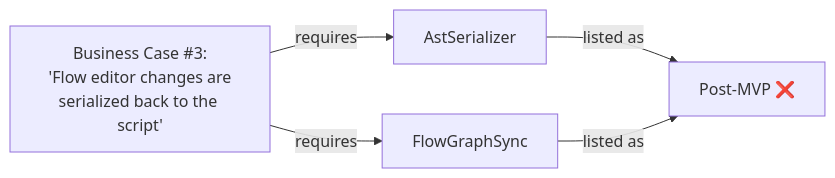
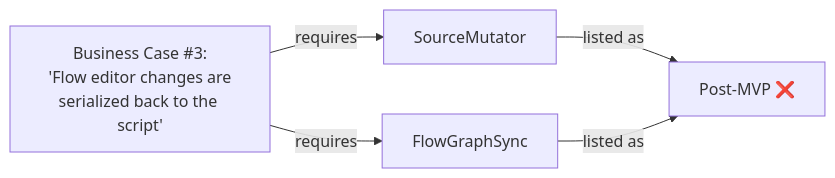
One commit to rimvydasb/open-modeler-ts changed the third of 3 diagrams in docs/ARCHITECTURE.md. Above: the diagram before and after it, drawn with Mermaid. The commit also changed other lines of this file and 2 other files, not shown here.

Commit message:
refactor AST and flow modeling documentation: update serialization and mutation processes to reflect changes in ProjectAsset handling and clarify flow editor interactions

````diff
--- a/docs/ARCHITECTURE.md
+++ b/docs/ARCHITECTURE.md
@@ -810,7 +810,7 @@
 ```mermaid
 flowchart LR
-    A["Business Case #3:<br/>'Flow editor changes are<br/>serialized back to the script'"] -->|requires| B["AstSerializer"]
+    A["Business Case #3:<br/>'Flow editor changes are<br/>serialized back to the script'"] -->|requires| B["SourceMutator"]
     A -->|requires| C["FlowGraphSync"]
     B -->|listed as| D["Post-MVP ❌"]
     C -->|listed as| D
 ```
````
